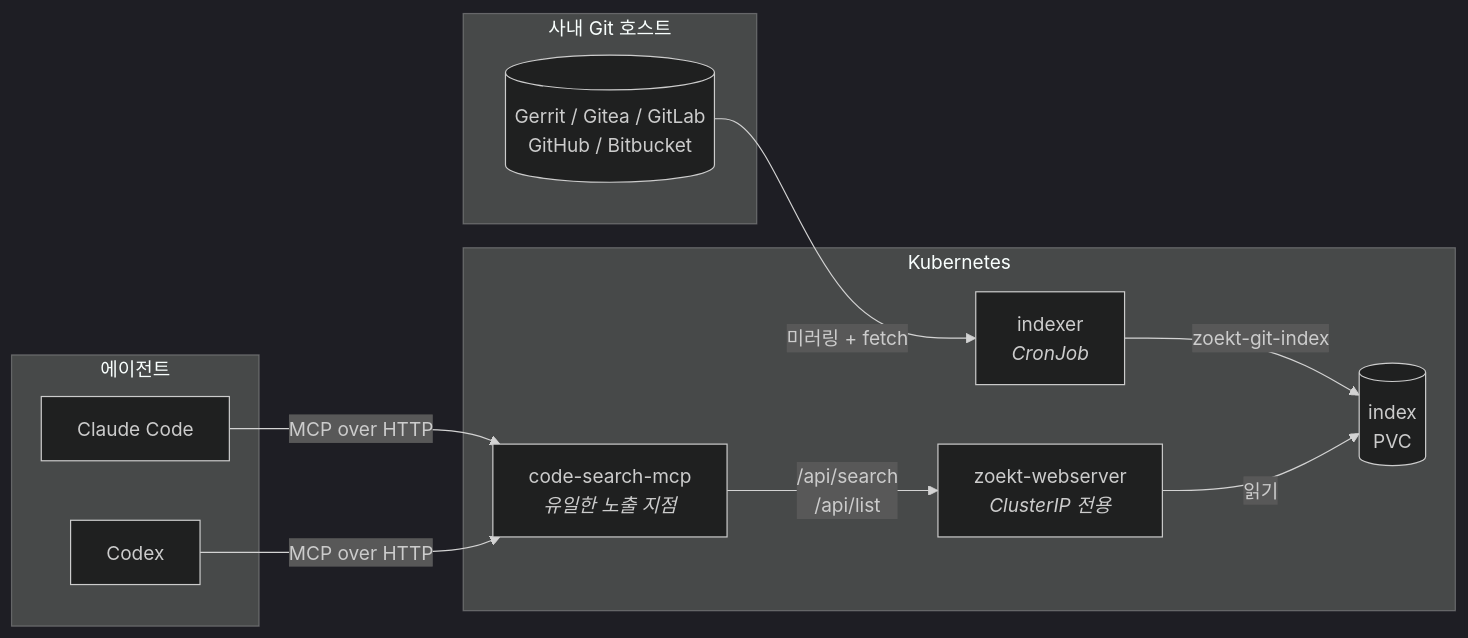
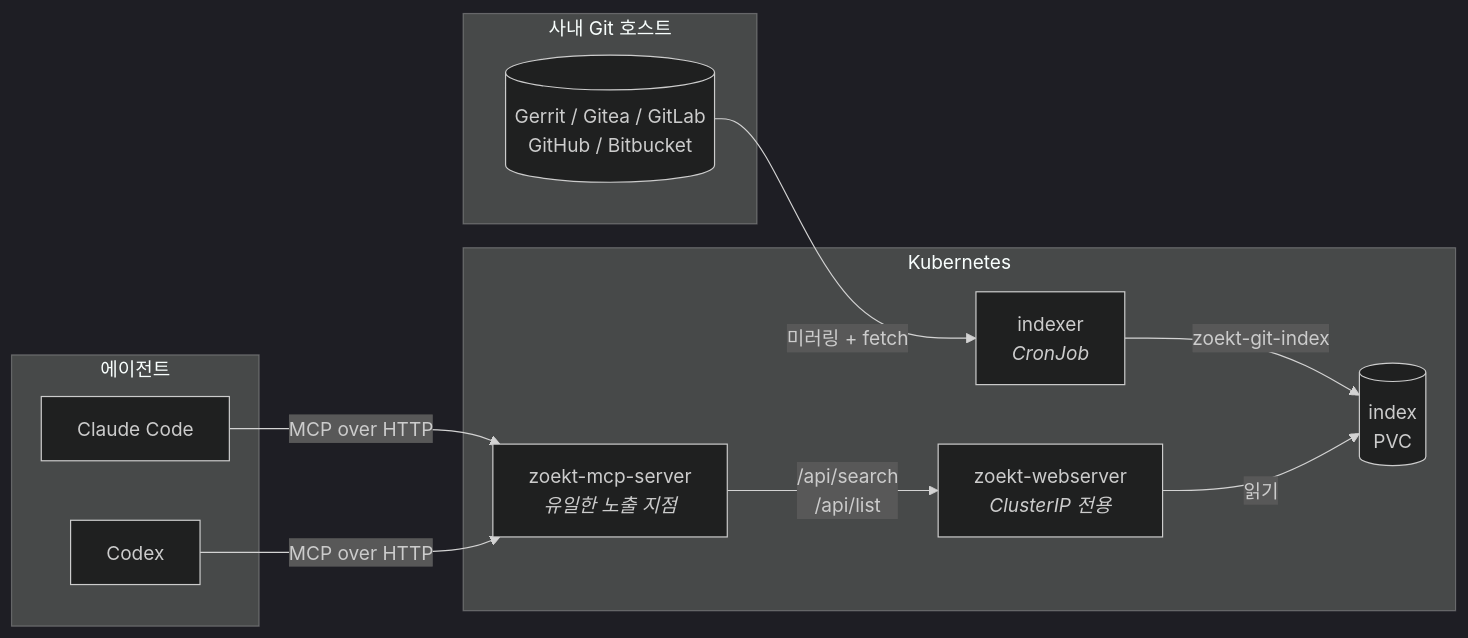
The diagram in README.ko.md (GyeongHoKim/code-search-platform), drawn with Mermaid (dark theme) before and after one commit. The commit also changed other lines of this file and 43 other files, not shown here.

First line of the commit message:
refactor(repo)!: rename the project to zoekt-mcp-server

````diff
--- a/README.ko.md
+++ b/README.ko.md
@@ -25,25 +25,25 @@
 ```mermaid
 flowchart LR
     subgraph Host["사내 Git 호스트"]
         G[("Gerrit / Gitea / GitLab<br/>GitHub / Bitbucket")]
     end
 
     subgraph Cluster["Kubernetes"]
         I["indexer<br/><i>CronJob</i>"]
         Z["zoekt-webserver<br/><i>ClusterIP 전용</i>"]
-        M["code-search-mcp<br/><i>유일한 노출 지점</i>"]
+        M["zoekt-mcp-server<br/><i>유일한 노출 지점</i>"]
         V[("index<br/>PVC")]
     end
 
     subgraph Agents["에이전트"]
         A["Claude Code"]
         C["Codex"]
     end
 
     G -->|"미러링 + fetch"| I
     I -->|"zoekt-git-index"| V
     Z -->|"읽기"| V
     M -->|"/api/search<br/>/api/list"| Z
     A -->|"MCP over HTTP"| M
     C -->|"MCP over HTTP"| M
 ```
````
